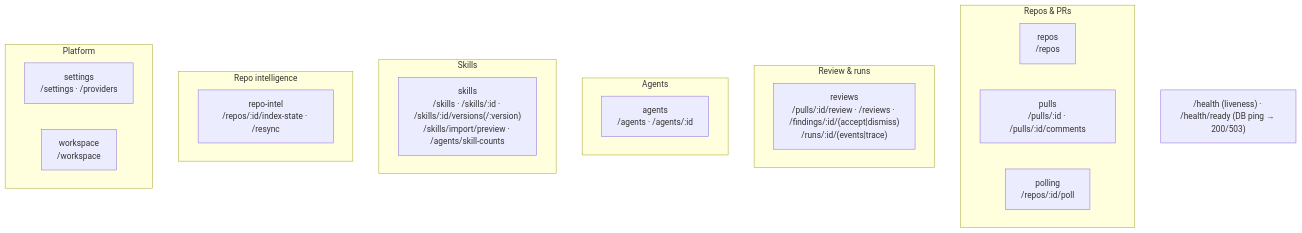
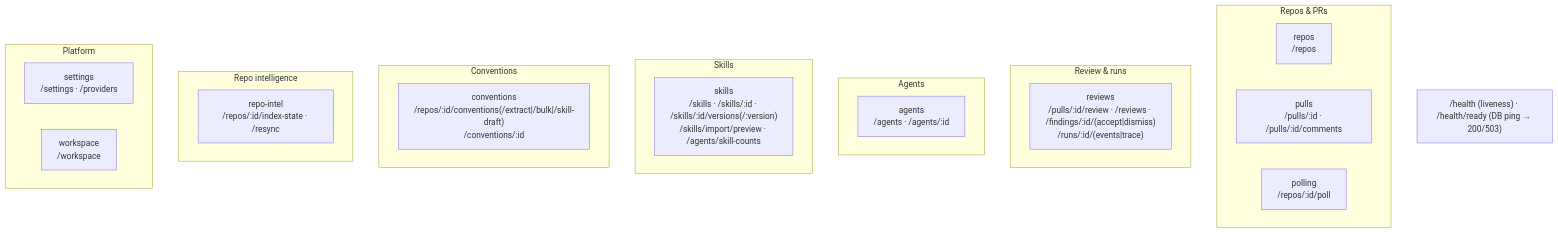
One commit to KaterynaKub/dev-digest changed the second of 2 diagrams in server/README.md. Above: the diagram before and after it, drawn with Mermaid. The commit also changed 62 other files, not shown here.

First line of the commit message:
feat(conventions): extract code conventions from a repo and merge them into a Skill

````diff
--- a/server/README.md
+++ b/server/README.md
@@ -64,25 +64,28 @@
 ```mermaid
 flowchart TB
   subgraph Repos_PRs["Repos & PRs"]
     repos["repos<br/>/repos"]
     pulls["pulls<br/>/pulls/:id · /pulls/:id/comments"]
     polling["polling<br/>/repos/:id/poll"]
   end
   subgraph Review["Review & runs"]
     reviews["reviews<br/>/pulls/:id/review · /reviews · /findings/:id/(accept|dismiss)<br/>/runs/:id/(events|trace)"]
   end
   subgraph Agents["Agents"]
     agents["agents<br/>/agents · /agents/:id"]
   end
   subgraph Skills["Skills"]
     skills["skills<br/>/skills · /skills/:id · /skills/:id/versions(/:version)<br/>/skills/import/preview · /agents/skill-counts"]
   end
+  subgraph Conventions["Conventions"]
+    conventions["conventions<br/>/repos/:id/conventions(/extract|/bulk|/skill-draft)<br/>/conventions/:id"]
+  end
   subgraph Intel["Repo intelligence"]
     repoIntel["repo-intel<br/>/repos/:id/index-state · /resync"]
   end
   subgraph Platform["Platform"]
     settings["settings<br/>/settings · /providers"]
     workspace["workspace<br/>/workspace"]
   end
   HEALTH["/health (liveness) · /health/ready (DB ping → 200/503)"]
 ```
````
